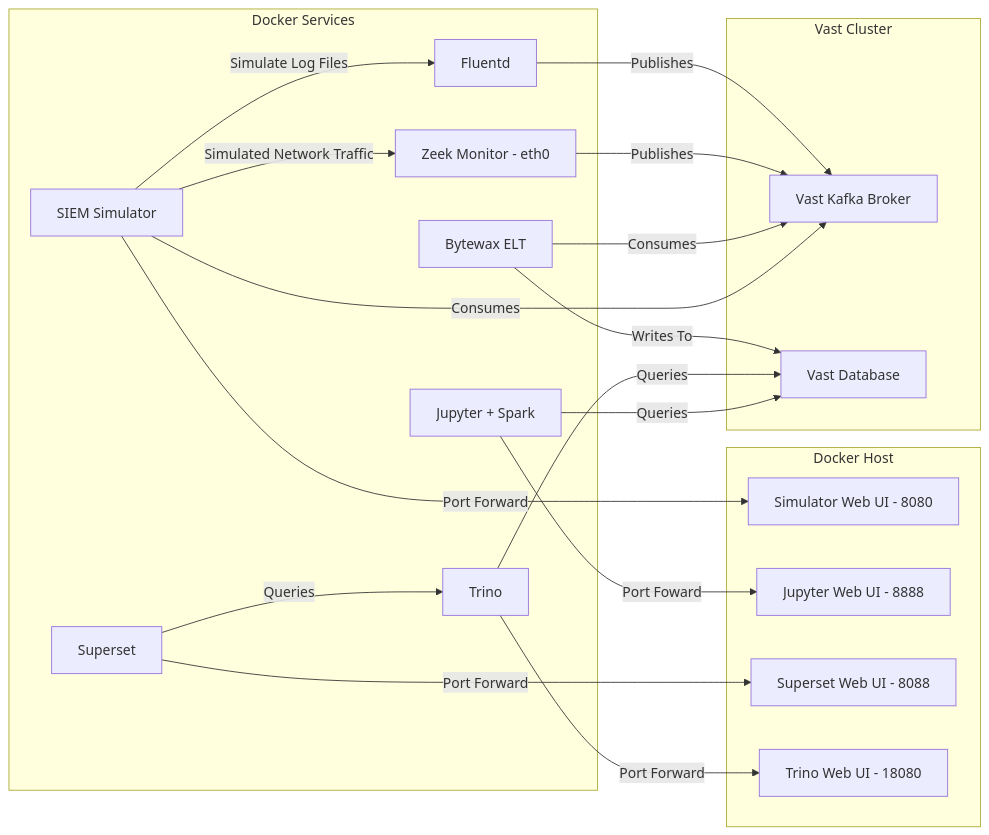
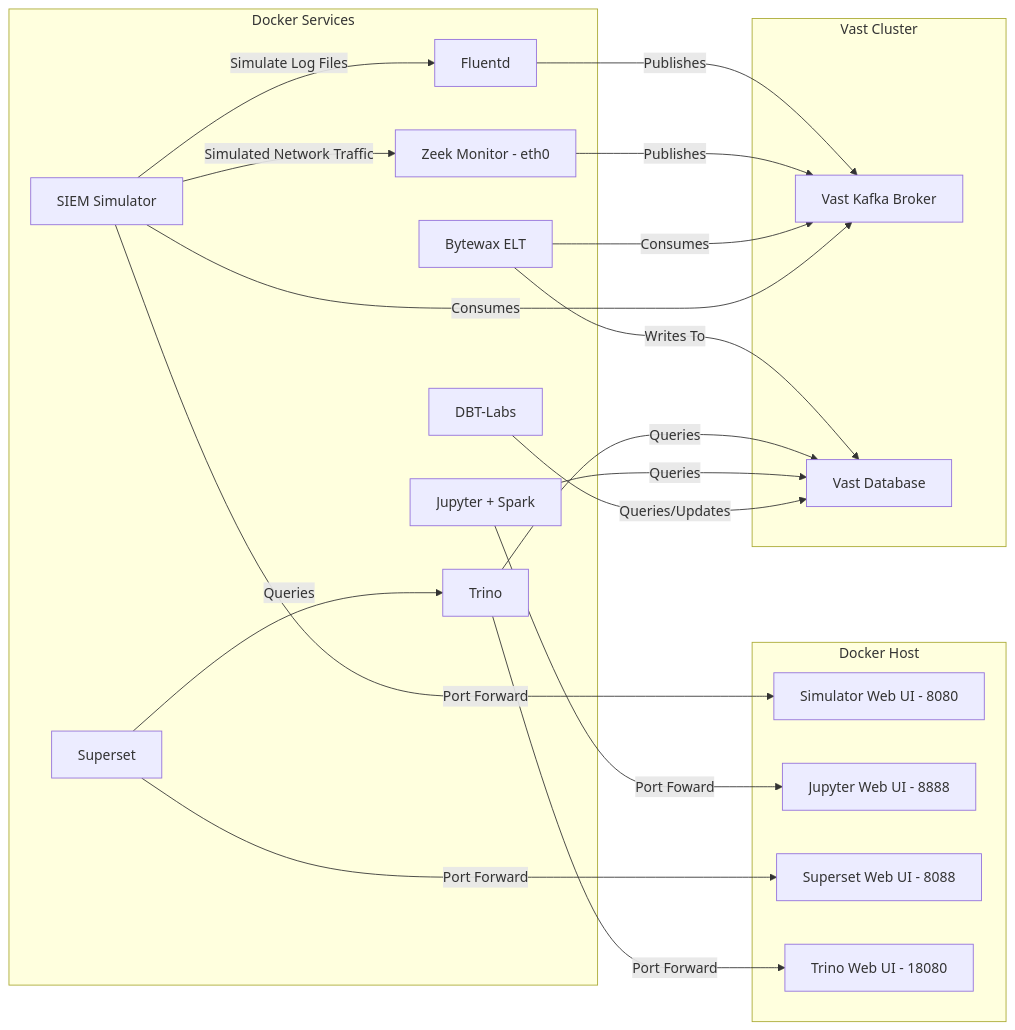
The diagram in README.md (snowch/vastdata_siem_demo), drawn with Mermaid before and after one commit.

````diff
--- a/README.md
+++ b/README.md
@@ -48,41 +48,43 @@
 ```mermaid
 graph LR
     subgraph "Docker Services"
         Z[Zeek Monitor - eth0]
         S[SIEM Simulator]
         F[Fluentd]
         J[Bytewax ELT]
         T[Trino]
+        DBT[DBT-Labs]
         AS[Superset]
         B[Jupyter + Spark]
 
         S -- Simulate Log Files --> F
         S -- Simulated Network Traffic --> Z
         AS -- Queries --> T
     end
 
     subgraph "Docker Host"
         SW[Simulator Web UI - 8080]
         JW[Jupyter Web UI - 8888]
         ASW[Superset Web UI - 8088]
         TW[Trino Web UI - 18080]
     end
 
     subgraph "Vast Cluster"
         K[Vast Kafka Broker]
         VDB[Vast Database]
     end
 
     S -- Port Forward --> SW
     AS -- Port Forward --> ASW
     T -- Port Forward --> TW
     B -- Port Foward --> JW
 
     F -- Publishes --> K
     Z -- Publishes --> K
     J -- Consumes --> K
     S -- Consumes --> K
     J -- Writes To --> VDB
     T -- Queries --> VDB
     B -- Queries --> VDB
+    DBT -- Queries/Updates --> VDB
 ```
````
